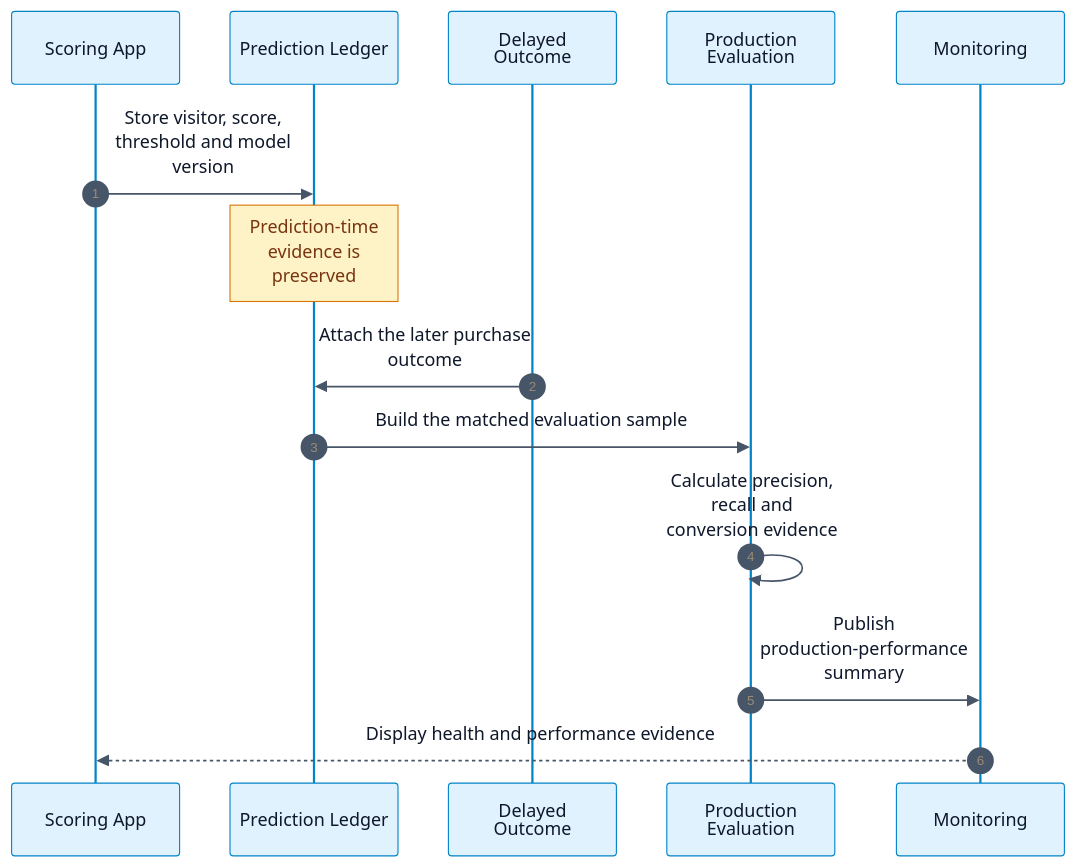
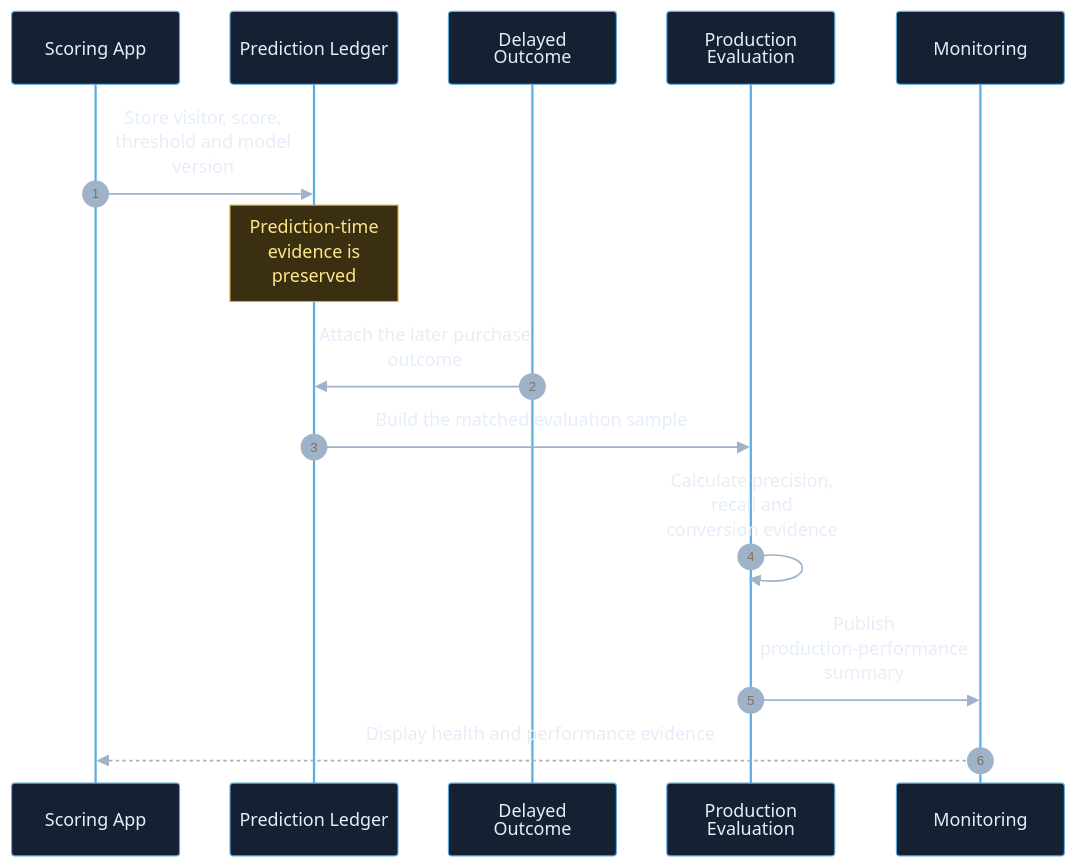
Before and after one commit to RuturajM31/E-Commerce-Conversion-Intelligence-Platform: the tenth of 15 diagrams in README.md, drawn with Mermaid. The commit also changed other lines of this file, not shown here.

Commit message:
docs: optimize Mermaid diagrams for dark mode

````diff
--- a/README.md
+++ b/README.md
@@ -666,18 +666,18 @@
 ```mermaid
-%%{init: {"theme":"base","sequence":{"useMaxWidth":true,"wrap":true,"diagramMarginX":30,"diagramMarginY":20,"actorMargin":45,"messageMargin":35},"themeVariables":{"fontFamily":"Inter,Segoe UI,Arial,sans-serif","fontSize":"16px","primaryColor":"#E0F2FE","primaryTextColor":"#0F172A","primaryBorderColor":"#0284C7","lineColor":"#64748B","actorBkg":"#E0F2FE","actorBorder":"#0284C7","actorTextColor":"#0F172A","signalColor":"#475569","signalTextColor":"#0F172A","noteBkgColor":"#FEF3C7","noteBorderColor":"#D97706","noteTextColor":"#78350F"}}}%%
+%%{init: {"theme":"base","sequence":{"useMaxWidth":true,"wrap":true,"diagramMarginX":30,"diagramMarginY":20,"actorMargin":45,"messageMargin":35},"themeVariables":{"background":"transparent","fontFamily":"Inter,Segoe UI,Arial,sans-serif","fontSize":"16px","primaryColor":"#162033","primaryTextColor":"#E5EEF8","primaryBorderColor":"#5DADE2","lineColor":"#7F8EA3","actorBkg":"#162033","actorBorder":"#5DADE2","actorTextColor":"#E5EEF8","signalColor":"#9FB3C8","signalTextColor":"#E5EEF8","noteBkgColor":"#3B2F12","noteBorderColor":"#D4A93A","noteTextColor":"#FDE68A"}}}%%
 sequenceDiagram
     autonumber
     participant App as Scoring App
     participant Ledger as Prediction Ledger
     participant Outcome as Delayed Outcome
     participant Eval as Production Evaluation
     participant Monitor as Monitoring
 
     App->>Ledger: Store visitor, score, threshold and model version
     Note over Ledger: Prediction-time evidence is preserved
     Outcome->>Ledger: Attach the later purchase outcome
     Ledger->>Eval: Build the matched evaluation sample
     Eval->>Eval: Calculate precision, recall and conversion evidence
     Eval->>Monitor: Publish production-performance summary
     Monitor-->>App: Display health and performance evidence
 ```
````
